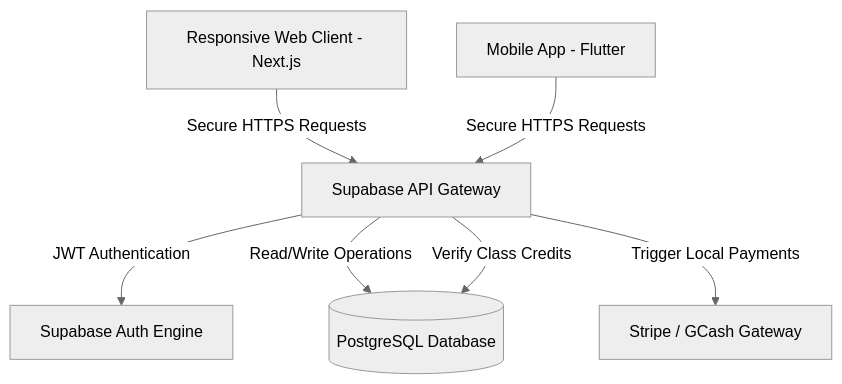
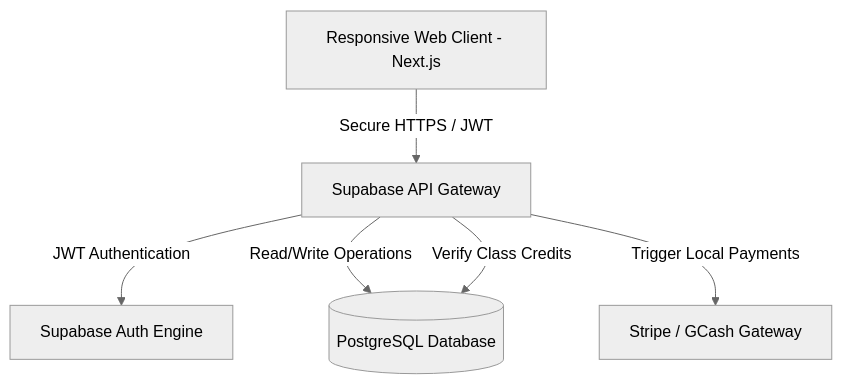
One commit to Miguel-Ponce01/Evolve-by-Cams---Clean changed the first of 2 diagrams in presentation_deck.md. Above: the diagram before and after it, drawn with Mermaid (neutral theme). The commit also changed other lines of this file and 70 other files, not shown here.

Commit message:
feat: implement full-stack core features including administrative dashboards, client management, booking portal, and Supabase database schema

````diff
--- a/presentation_deck.md
+++ b/presentation_deck.md
@@ -41,11 +82,8 @@
 ```mermaid
 graph TD
-    ClientWeb[Responsive Web Client - Next.js] -->|Secure HTTPS Requests| API[Supabase API Gateway]
-    ClientMobile[Mobile App - Flutter] -->|Secure HTTPS Requests| API
-    
+    ClientWeb[Responsive Web Client - Next.js] -->|Secure HTTPS / JWT| API[Supabase API Gateway]
     API -->|JWT Authentication| Auth[Supabase Auth Engine]
     API -->|Read/Write Operations| DB[(PostgreSQL Database)]
     API -->|Verify Class Credits| DB
-    
     API -->|Trigger Local Payments| Stripe[Stripe / GCash Gateway]
 ```
````
